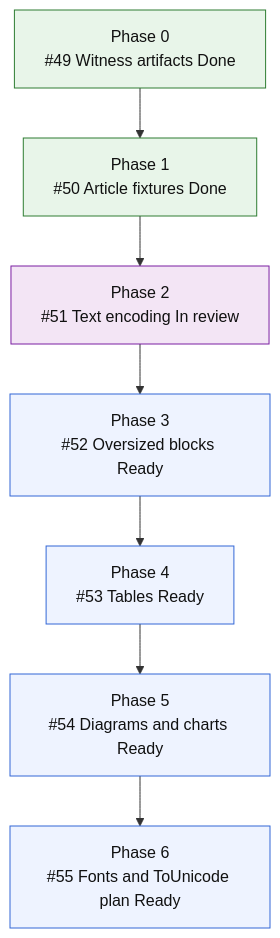
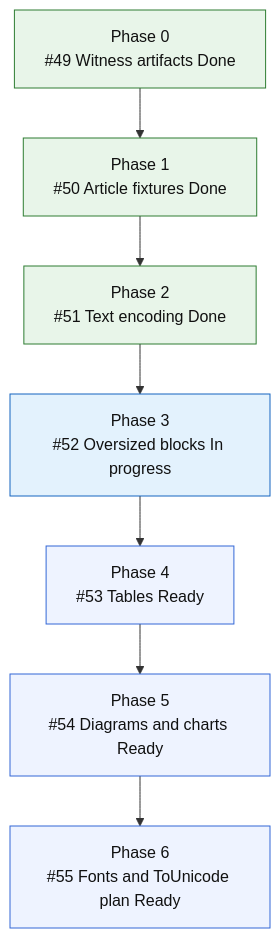
The second of 2 diagrams in README.md (mihaelamj/MarkdownPDF), drawn with Mermaid before and after one commit.

Commit message:
docs(roadmap): start oversized block issue

````diff
--- a/README.md
+++ b/README.md
@@ -212,21 +212,22 @@
 ```mermaid
 flowchart TD
     F0["Phase 0<br/>#49 Witness artifacts Done"]
     F1["Phase 1<br/>#50 Article fixtures Done"]
-    F2["Phase 2<br/>#51 Text encoding In review"]
-    F3["Phase 3<br/>#52 Oversized blocks Ready"]
+    F2["Phase 2<br/>#51 Text encoding Done"]
+    F3["Phase 3<br/>#52 Oversized blocks In progress"]
     F4["Phase 4<br/>#53 Tables Ready"]
     F5["Phase 5<br/>#54 Diagrams and charts Ready"]
     F6["Phase 6<br/>#55 Fonts and ToUnicode plan Ready"]
 
     F0 --> F1 --> F2 --> F3 --> F4 --> F5 --> F6
 
     classDef done fill:#e8f5e9,stroke:#2e7d32,color:#111;
     classDef active fill:#e3f2fd,stroke:#1565c0,color:#111;
     classDef review fill:#f3e5f5,stroke:#7b1fa2,color:#111;
     classDef next fill:#fff8e1,stroke:#f9a825,color:#111;
     classDef todo fill:#eef3ff,stroke:#3367d6,color:#111;
     class F0,F1 done;
-    class F2 review;
-    class F3,F4,F5,F6 todo;
+    class F2 done;
+    class F3 active;
+    class F4,F5,F6 todo;
 ```
````
